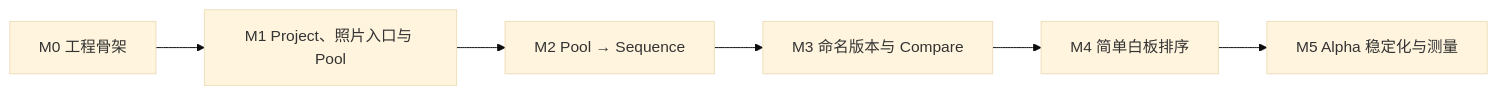
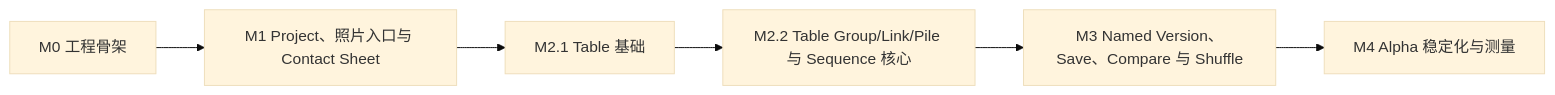
Before and after one commit to maadjdot/Photoflex: the diagram in MVP_Sequence/photoflex-MVP/docs/PhotoFlex MVP 开发流程方案.md, drawn with Mermaid (base theme). The commit also changed other lines of this file and 58 other files, not shown here.

Commit message:
Implement PhotoFlex worktable and sequence workflows

````diff
--- a/MVP_Sequence/photoflex-MVP/docs/PhotoFlex MVP 开发流程方案.md
+++ b/MVP_Sequence/photoflex-MVP/docs/PhotoFlex MVP 开发流程方案.md
@@ -24,8 +26,8 @@
 ```mermaid
 flowchart LR
-    M0[M0 工程骨架] --> M1[M1 Project、照片入口与 Pool]
-    M1 --> M2[M2 Pool → Sequence]
-    M2 --> M3[M3 命名版本与 Compare]
-    M3 --> M4[M4 简单白板排序]
-    M4 --> M5[M5 Alpha 稳定化与测量]
+    M0[M0 工程骨架] --> M1[M1 Project、照片入口与 Contact Sheet]
+    M1 --> M21[M2.1 Table 基础]
+    M21 --> M22[M2.2 Table Group/Link/Pile 与 Sequence 核心]
+    M22 --> M3[M3 Named Version、Save、Compare 与 Shuffle]
+    M3 --> M4[M4 Alpha 稳定化与测量]
 ```
````
